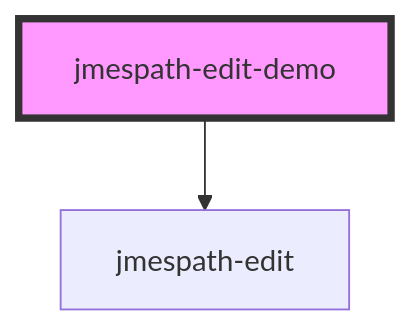
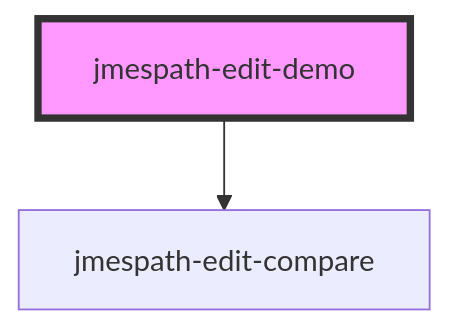
The diagram in src/components/jmespath-edit-demo/readme.md (glenveegee/jmespath-edit), drawn with Mermaid before and after one commit. The commit also changed other lines of this file and 1 other file, not shown here.

Commit message:
Demo uses the compare component

````diff
--- a/src/components/jmespath-edit-demo/readme.md
+++ b/src/components/jmespath-edit-demo/readme.md
@@ -15,5 +15,5 @@
 ```mermaid
 graph TD;
-  jmespath-edit-demo --> jmespath-edit
+  jmespath-edit-demo --> jmespath-edit-compare
   style jmespath-edit-demo fill:#f9f,stroke:#333,stroke-width:4px
 ```
````
